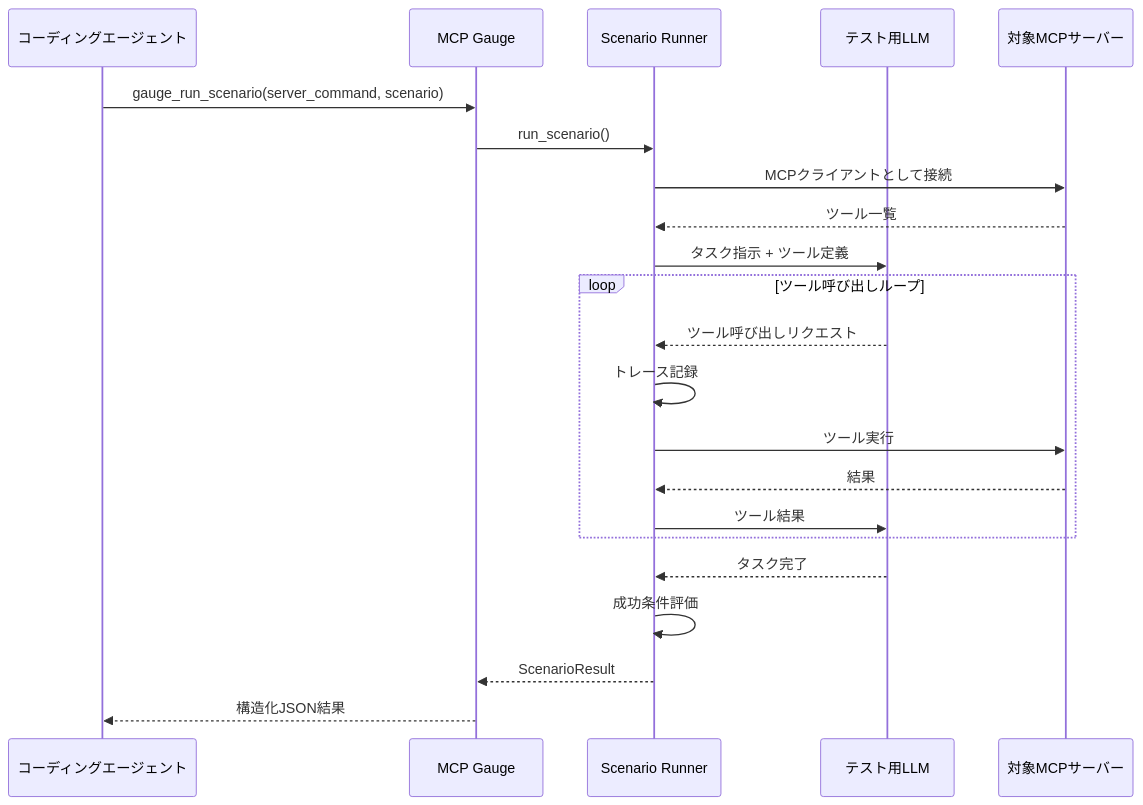
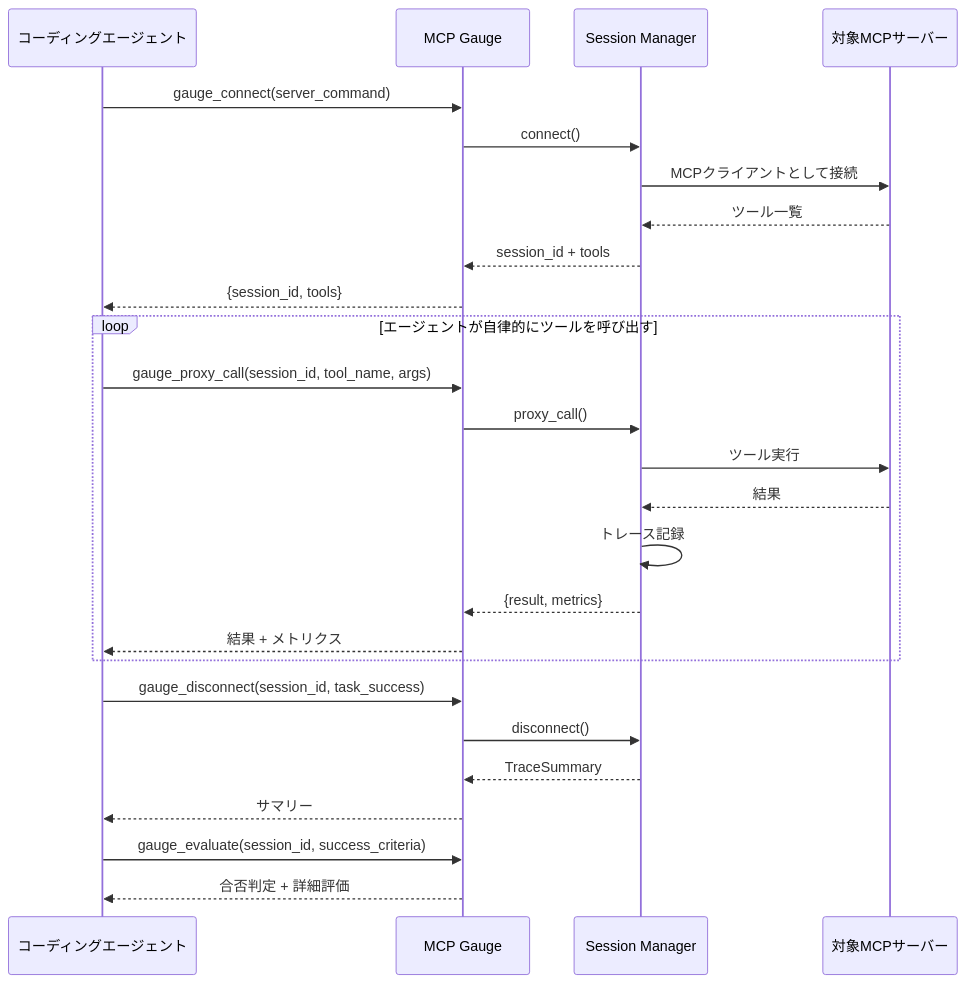
Before and after one commit to sogawa-yk/mcp-gauge: the third of 5 diagrams in docs/functional-design.md, drawn with Mermaid. The commit also changed other lines of this file and 17 other files, not shown here.

First line of the commit message:
refactor: migrate to proxy architecture, remove anthropic SDK dependency

````diff
--- a/docs/functional-design.md
+++ b/docs/functional-design.md
@@ -432,25 +451,32 @@
 ```mermaid
 sequenceDiagram
     participant Agent as コーディングエージェント
     participant Gauge as MCP Gauge
-    participant Runner as Scenario Runner
-    participant LLM as テスト用LLM
+    participant Session as Session Manager
     participant Target as 対象MCPサーバー
 
-    Agent->>Gauge: gauge_run_scenario(server_command, scenario)
-    Gauge->>Runner: run_scenario()
-    Runner->>Target: MCPクライアントとして接続
-    Target-->>Runner: ツール一覧
-    Runner->>LLM: タスク指示 + ツール定義
-    loop ツール呼び出しループ
-        LLM-->>Runner: ツール呼び出しリクエスト
-        Runner->>Runner: トレース記録
-        Runner->>Target: ツール実行
-        Target-->>Runner: 結果
-        Runner->>LLM: ツール結果
+    Agent->>Gauge: gauge_connect(server_command)
+    Gauge->>Session: connect()
+    Session->>Target: MCPクライアントとして接続
+    Target-->>Session: ツール一覧
+    Session-->>Gauge: session_id + tools
+    Gauge-->>Agent: {session_id, tools}
+
+    loop エージェントが自律的にツールを呼び出す
+        Agent->>Gauge: gauge_proxy_call(session_id, tool_name, args)
+        Gauge->>Session: proxy_call()
+        Session->>Target: ツール実行
+        Target-->>Session: 結果
+        Session->>Session: トレース記録
+        Session-->>Gauge: {result, metrics}
+        Gauge-->>Agent: 結果 + メトリクス
     end
-    LLM-->>Runner: タスク完了
-    Runner->>Runner: 成功条件評価
-    Runner-->>Gauge: ScenarioResult
-    Gauge-->>Agent: 構造化JSON結果
+
+    Agent->>Gauge: gauge_disconnect(session_id, task_success)
+    Gauge->>Session: disconnect()
+    Session-->>Gauge: TraceSummary
+    Gauge-->>Agent: サマリー
+
+    Agent->>Gauge: gauge_evaluate(session_id, success_criteria)
+    Gauge-->>Agent: 合否判定 + 詳細評価
 ```
````
